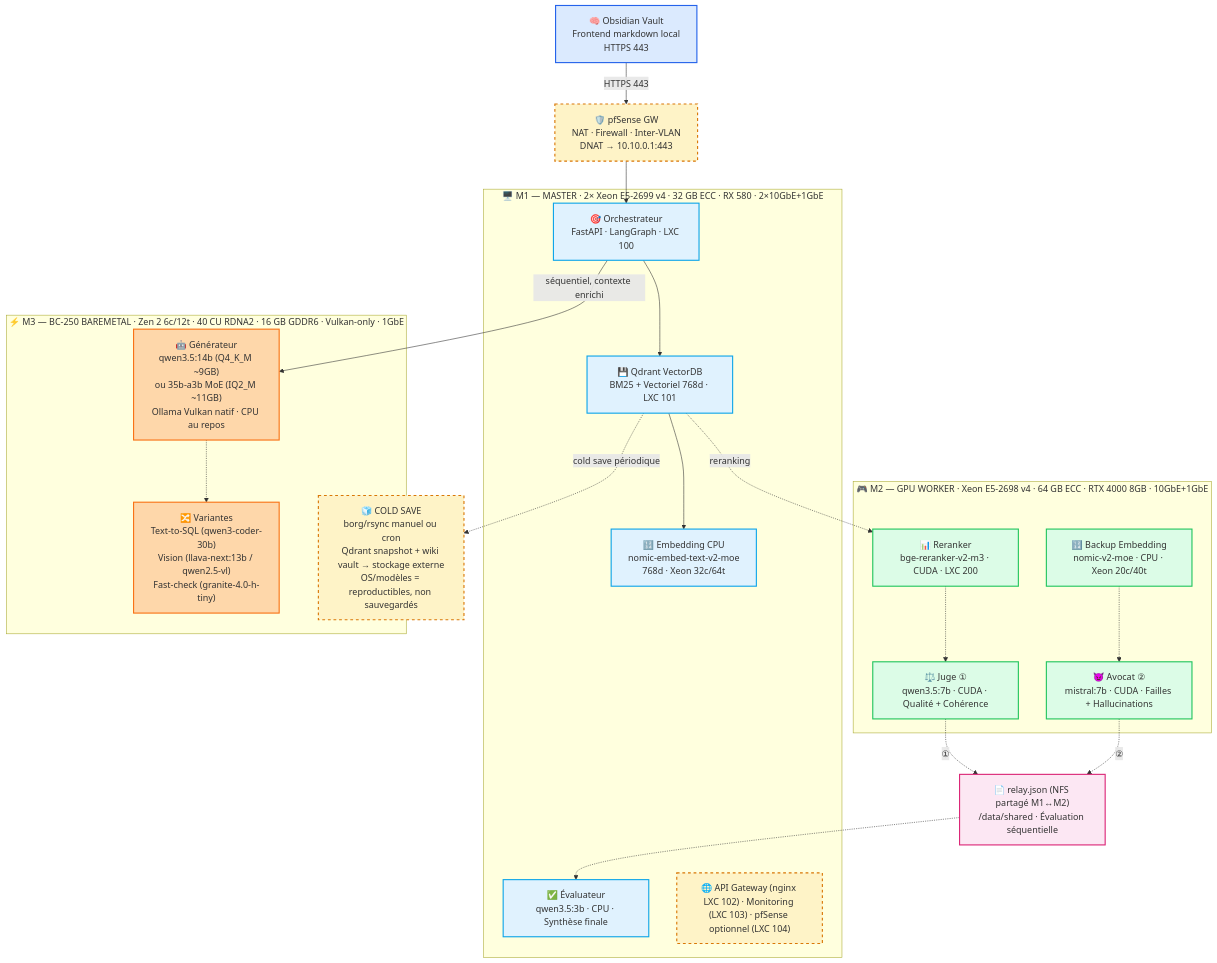
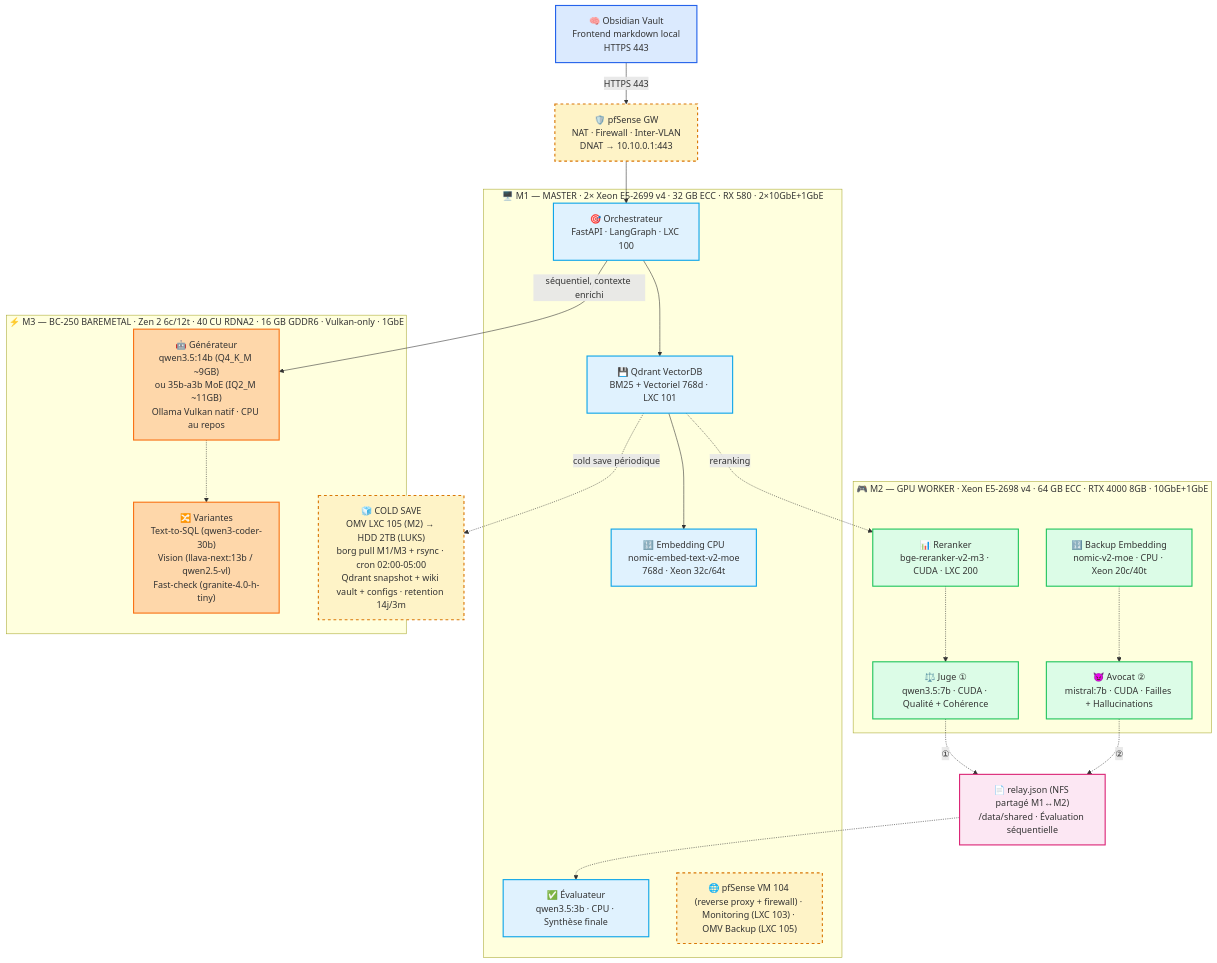
One commit to chelmooz/rag-multi-agent-cluster changed the diagram in docs/diagrams/01-cluster-overview.md. Above: the diagram before and after it, drawn with Mermaid. The commit also changed 4 other files, not shown here.

Commit message:
docs: cold save déplacé sur M2 (OMV LXC 105) — stockage, diagrams et tables à jour, nginx LXC 102 retiré

````diff
--- a/docs/diagrams/01-cluster-overview.md
+++ b/docs/diagrams/01-cluster-overview.md
@@ -1,51 +1,51 @@
 ```mermaid
 flowchart TB
     classDef frontend fill:#dbeafe,stroke:#2563eb,stroke-width:2px
     classDef m1 fill:#e0f2fe,stroke:#0ea5e9,stroke-width:2px
     classDef m2 fill:#dcfce7,stroke:#22c55e,stroke-width:2px
     classDef m3 fill:#fed7aa,stroke:#f97316,stroke-width:2px
     classDef relay fill:#fce7f3,stroke:#db2777,stroke-width:2px
     classDef backup fill:#fef3c7,stroke:#d97706,stroke-width:2px,stroke-dasharray: 5 5
 
     Client["🧠 Obsidian Vault<br/>Frontend markdown local<br/>HTTPS 443"]:::frontend
     GW["🛡️ pfSense GW<br/>NAT · Firewall · Inter-VLAN<br/>DNAT → 10.10.0.1:443"]:::backup
 
     subgraph M1["🖥️ M1 — MASTER · 2× Xeon E5-2699 v4 · 32 GB ECC · RX 580 · 2×10GbE+1GbE"]
         Orch["🎯 Orchestrateur<br/>FastAPI · LangGraph · LXC 100"]:::m1
         Qdrant["💾 Qdrant VectorDB<br/>BM25 + Vectoriel 768d · LXC 101"]:::m1
         Embed["🔢 Embedding CPU<br/>nomic-embed-text-v2-moe<br/>768d · Xeon 32c/64t"]:::m1
         Eval["✅ Évaluateur<br/>qwen3.5:3b · CPU · Synthèse finale"]:::m1
-        Gate["🌐 API Gateway (nginx LXC 102) · Monitoring (LXC 103) · pfSense optionnel (LXC 104)"]:::backup
+        Gate["🌐 pfSense VM 104 (reverse proxy + firewall) · Monitoring (LXC 103) · OMV Backup (LXC 105)"]:::backup
     end
 
     subgraph M2["🎮 M2 — GPU WORKER · Xeon E5-2698 v4 · 64 GB ECC · RTX 4000 8GB · 10GbE+1GbE"]
         Rerank["📊 Reranker<br/>bge-reranker-v2-m3 · CUDA · LXC 200"]:::m2
         Judge["⚖️ Juge ①<br/>qwen3.5:7b · CUDA · Qualité + Cohérence"]:::m2
         Advocate["😈 Avocat ②<br/>mistral:7b · CUDA · Failles + Hallucinations"]:::m2
         BackupEmbed["🔢 Backup Embedding<br/>nomic-v2-moe · CPU · Xeon 20c/40t"]:::m2
     end
 
     subgraph M3["⚡ M3 — BC-250 BAREMETAL · Zen 2 6c/12t · 40 CU RDNA2 · 16 GB GDDR6 · Vulkan-only · 1GbE"]
         Gen["🤖 Générateur<br/>qwen3.5:14b (Q4_K_M ~9GB)<br/>ou 35b-a3b MoE (IQ2_M ~11GB)<br/>Ollama Vulkan natif · CPU au repos"]:::m3
         Variants["🔀 Variantes<br/>Text-to-SQL (qwen3-coder-30b)<br/>Vision (llava-next:13b / qwen2.5-vl)<br/>Fast-check (granite-4.0-h-tiny)"]:::m3
     end
 
     Relay["📄 relay.json (NFS partagé M1↔M2)<br/>/data/shared · Évaluation séquentielle"]:::relay
-    Cold["🧊 COLD SAVE<br/>borg/rsync manuel ou cron<br/>Qdrant snapshot + wiki vault → stockage externe<br/>OS/modèles = reproductibles, non sauvegardés"]:::backup
+    Cold["🧊 COLD SAVE<br/>OMV LXC 105 (M2) → HDD 2TB (LUKS)<br/>borg pull M1/M3 + rsync · cron 02:00-05:00<br/>Qdrant snapshot + wiki vault + configs · retention 14j/3m"]:::backup
 
     Client -->|HTTPS 443| GW --> Orch
     Orch --> Qdrant --> Embed
     Orch -->|séquentiel, contexte enrichi| Gen
     Gen -.-> Variants
     Qdrant -.->|reranking| Rerank
     Rerank -.-> Judge
     Judge -.->|①| Relay
     Advocate -.->|②| Relay
     Relay -.-> Eval
     BackupEmbed -.-> Advocate
     Qdrant -.->|cold save périodique| Cold
 
     %% RÈGLE D'OR BC-250 : le CPU est le serviteur du GPU.
     %% Toute charge CPU = vol de bande passante mémoire au Générateur 14B.
     %% Embedding = M1 CPU (principal) / M2 CPU (backup).
 ```
````
